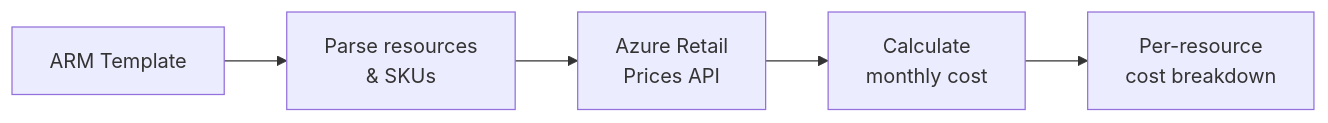
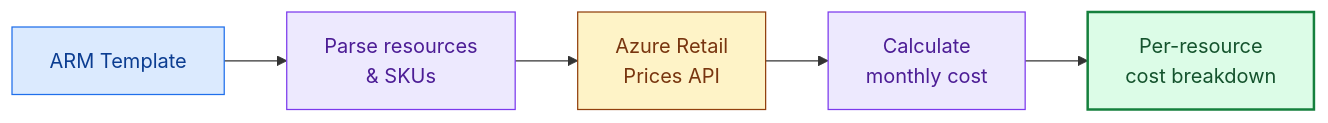
Before and after one commit to Azure/git-ape: the diagram in website/docs/use-cases/cost-estimation.md, drawn with Mermaid. The commit also changed other lines of this file and 48 other files, not shown here.

First line of the commit message:
docs(website): manifesto-aligned rewrite, deploy-anything, mermaid zoom + colors

````diff
--- a/website/docs/use-cases/cost-estimation.md
+++ b/website/docs/use-cases/cost-estimation.md
@@ -15,7 +15,16 @@
 ```mermaid
 graph LR
     TEMPLATE["ARM Template"] --> PARSE["Parse resources<br/>& SKUs"]
     PARSE --> API["Azure Retail<br/>Prices API"]
     API --> CALC["Calculate<br/>monthly cost"]
     CALC --> REPORT["Per-resource<br/>cost breakdown"]
+
+    classDef input fill:#dbeafe,stroke:#1f6feb,stroke-width:1px,color:#0b3d91
+    classDef process fill:#ede9fe,stroke:#7c3aed,stroke-width:1px,color:#4c1d95
+    classDef api fill:#fef3c7,stroke:#92400e,stroke-width:1px,color:#78350f
+    classDef out fill:#dcfce7,stroke:#15803d,stroke-width:2px,color:#14532d
+    class TEMPLATE input
+    class PARSE,CALC process
+    class API api
+    class REPORT out
 ```
````
